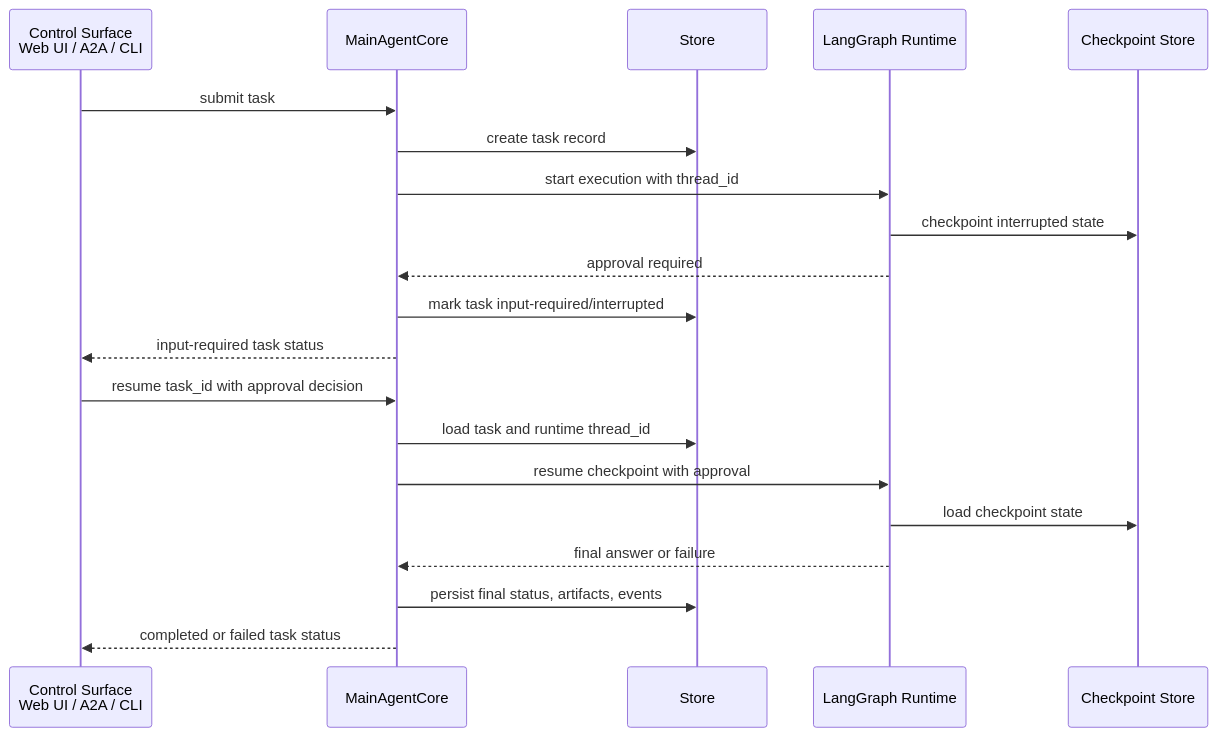
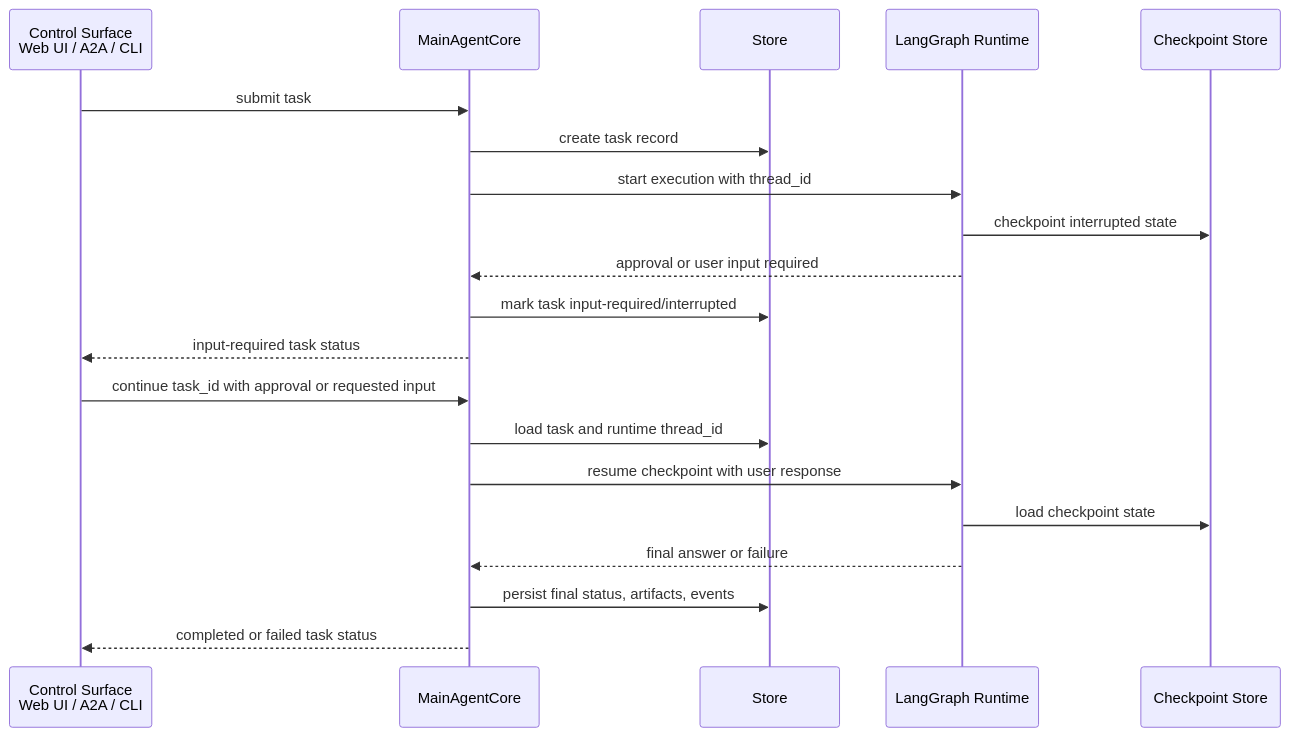
Before and after one commit to phzou-ai/mini-agent: the third of 3 diagrams in README.md, drawn with Mermaid. The commit also changed other lines of this file and 26 other files, not shown here.

Commit message:
feat: support input-required task continuation

````diff
--- a/README.md
+++ b/README.md
@@ -92,24 +92,24 @@
 ```mermaid
 sequenceDiagram
   participant C as Control Surface<br/>Web UI / A2A / CLI
   participant M as MainAgentCore
   participant S as Store
   participant R as LangGraph Runtime
   participant K as Checkpoint Store
 
   C->>M: submit task
   M->>S: create task record
   M->>R: start execution with thread_id
   R->>K: checkpoint interrupted state
-  R-->>M: approval required
+  R-->>M: approval or user input required
   M->>S: mark task input-required/interrupted
   M-->>C: input-required task status
 
-  C->>M: resume task_id with approval decision
+  C->>M: continue task_id with approval or requested input
   M->>S: load task and runtime thread_id
-  M->>R: resume checkpoint with approval
+  M->>R: resume checkpoint with user response
   R->>K: load checkpoint state
   R-->>M: final answer or failure
   M->>S: persist final status, artifacts, events
   M-->>C: completed or failed task status
 ```
````
